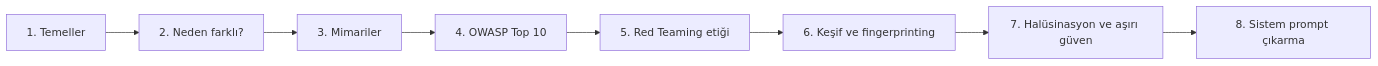
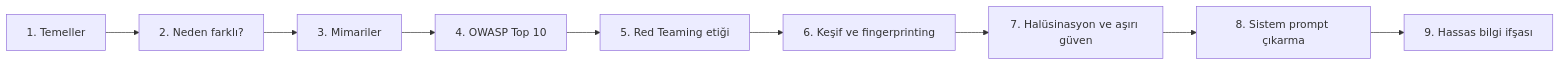
One commit to OnurTugran/notes changed the diagram in Yapay Zeka Güvenliği/00 - Yapay zeka.md. Above: the diagram before and after it, drawn with Mermaid. The commit also changed other lines of this file and 2 other files, not shown here.

````diff
--- a/Yapay Zeka Güvenliği/00 - Yapay zeka.md
+++ b/Yapay Zeka Güvenliği/00 - Yapay zeka.md
@@ -33,10 +34,11 @@
 ```mermaid
 flowchart LR
     A["1. Temeller"] --> B["2. Neden farklı?"]
     B --> C["3. Mimariler"]
     C --> D["4. OWASP Top 10"]
     D --> E["5. Red Teaming etiği"]
     E --> F["6. Keşif ve fingerprinting"]
     F --> G["7. Halüsinasyon ve aşırı güven"]
     G --> H["8. Sistem prompt çıkarma"]
+    H --> I["9. Hassas bilgi ifşası"]
 ```
````
